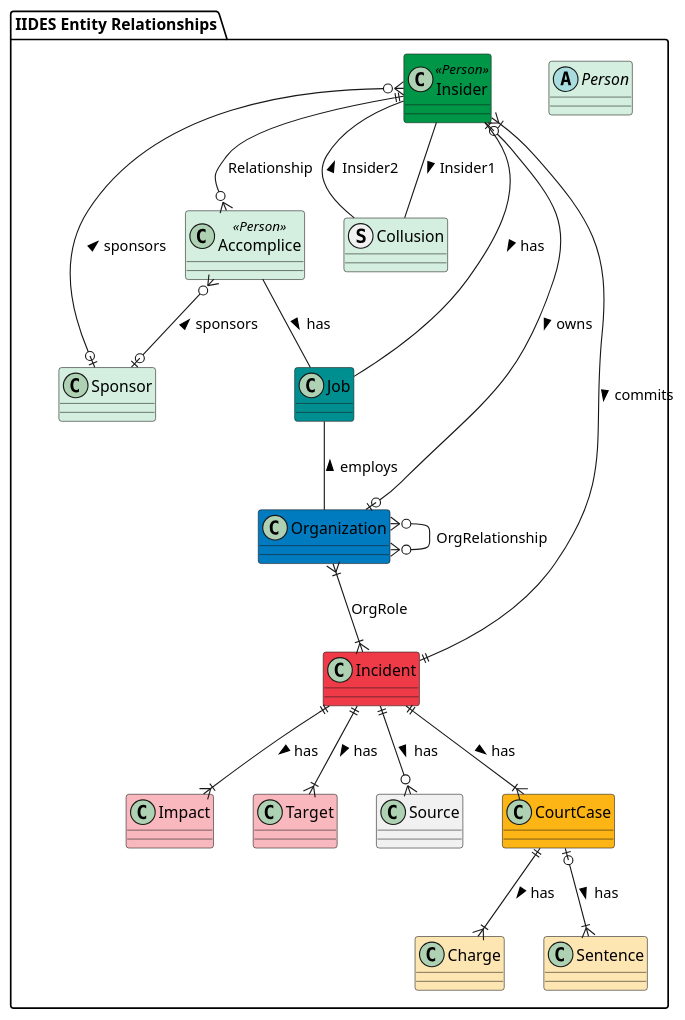
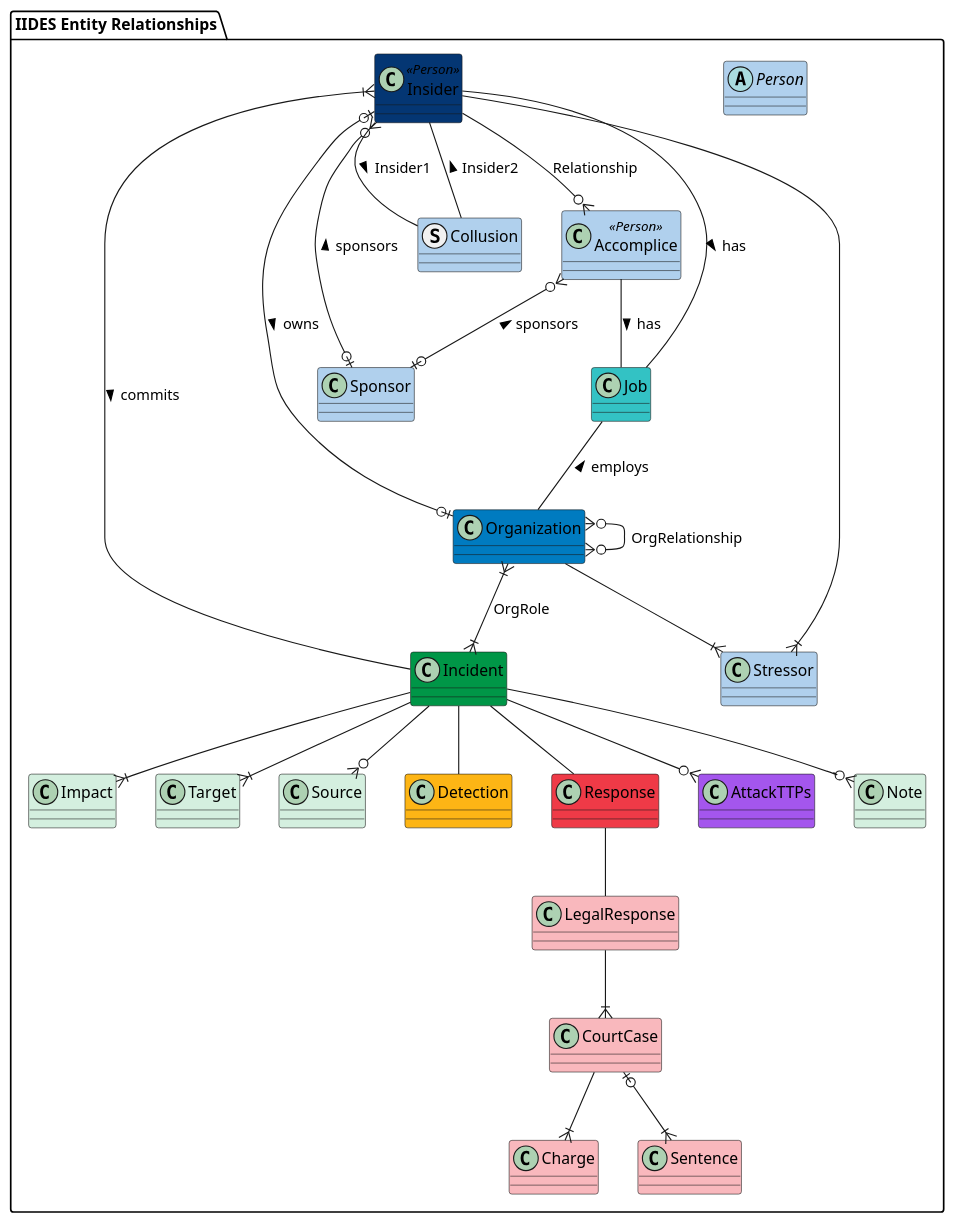
The diagram in UML/source/relationships.wsd (cmu-sei/iides), drawn with PlantUML before and after one commit. The commit also changed 8 other files, not shown here.

```diff
--- a/UML/source/relationships.wsd
+++ b/UML/source/relationships.wsd
@@ -1,38 +1,51 @@
 @startuml IIDES_Entity_Relationships
 package "IIDES Entity Relationships" #FFF {
 
-    abstract Person #D4EFDF {}
-    class Insider <<Person>> #009647 {}
-    class Accomplice <<Person>> #D4EFDF {}
-    struct Collusion #D4EFDF {}
+    abstract Person #b0d0ed {}
+    class Insider <<Person>> #043673 {}
+    class Accomplice <<Person>> #b0d0ed {}
+    struct Collusion #b0d0ed {}
     class Organization #007BC0 {}
-    class Sponsor #D4EFDF {}
-    class Incident #EF3A47 {}
-    class Job #008F91 {}
-    class Impact #f9b8bd {}
-    class Target #f9b8bd {}
-    class Source {}
-    class CourtCase #FDB515 {}
-    class Charge #fee6b3 {}
-    class Sentence #fee6b3 {}
+    class Sponsor #b0d0ed {}
+    class Incident #009647 {}
+    class Job #33c2C4 {}
+    class Impact #D4EFDF {}
+    class Target #D4EFDF {}
+    class Source #D4EFDF {}
+    class Detection #FDB515 {}
+    class Response #EF3A47 {}
+    class LegalResponse #f9b8bd {}
+    class CourtCase #f9b8bd {}
+    class Charge #f9b8bd {}
+    class Sentence #f9b8bd {}
+    class AttackTTPs #A456ED {}
+    class Stressor #b0d0ed {}
+    class Note #D4EFDF {}
 
-    Insider ||--o{ Accomplice : Relationship
-    Incident ||--|{ Insider : commits <
+    Insider --o{ Accomplice : Relationship
+    Incident --|{ Insider : commits <
     Accomplice -- Job : has >
     Job -- Organization : employs <
     Insider -- Job : has >
     Organization }|--|{ Incident : OrgRole
     Organization }o--o{ Organization : OrgRelationship
     Insider }o--o| Sponsor : sponsors <
     Accomplice }o--o| Sponsor : sponsors <
     Insider |o--o| Organization : owns >
     Insider -- Collusion : Insider2 <
     Collusion -- Insider : Insider1 <
-    Incident ||--|{ Impact : has >
-    Incident ||--|{ Target : has >
-    Incident ||--o{ Source : has >
-    CourtCase ||--|{ Charge : has >
-    CourtCase |o--|{ Sentence : has >
-    Incident ||--|{ CourtCase : has >
+    Incident --|{ Impact
+    Incident --|{ Target
+    Incident --o{ Source
+    Incident --o{ Note
+    CourtCase --|{ Charge
+    CourtCase |o--|{ Sentence
+    Incident -- Detection
+    Incident -- Response
+    Response -- LegalResponse
+    LegalResponse --|{ CourtCase
+    Organization --|{ Stressor
+    Stressor }|-- Insider
+    Incident --o{ AttackTTPs
 }
 @enduml
```
